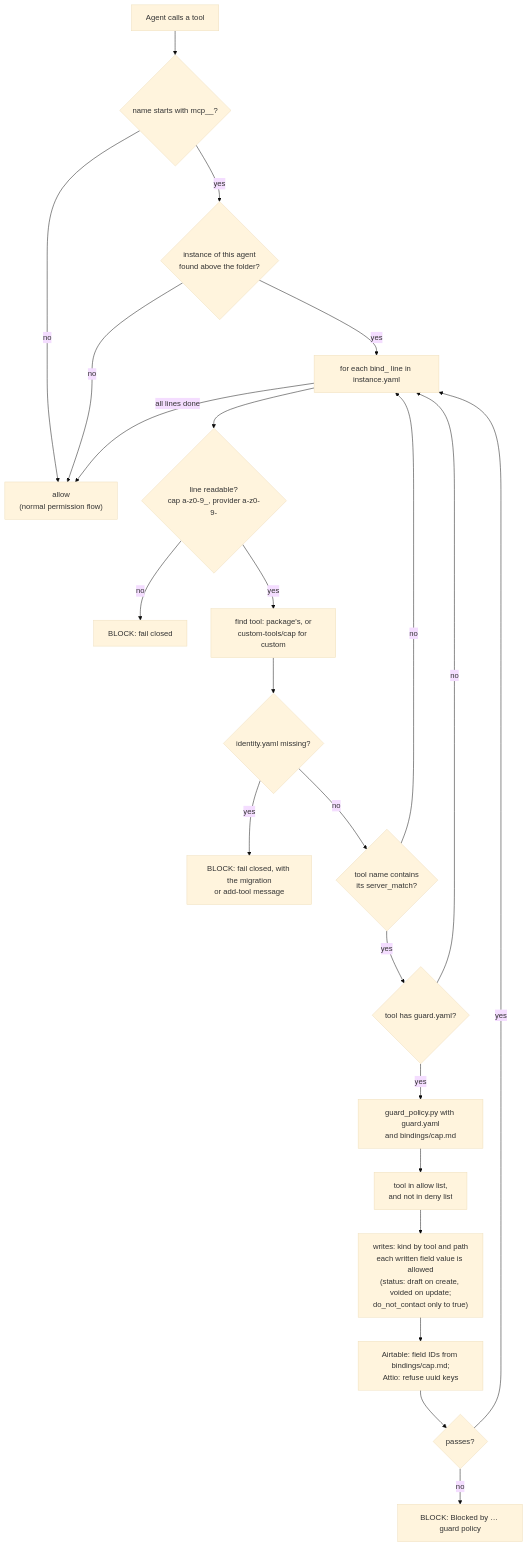
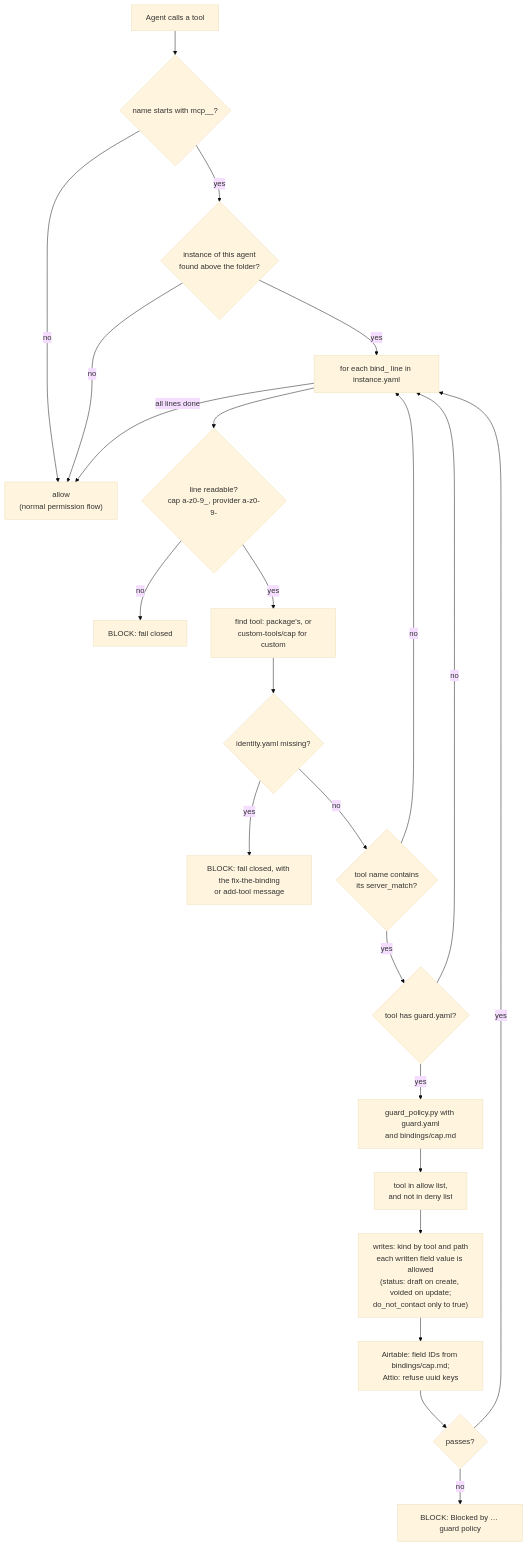
Before and after one commit to webspenser/agent-builder: the fourth of 6 diagrams in docs/how-it-works.md, drawn with Mermaid (base theme). The commit also changed other lines of this file and 18 other files, not shown here.

````diff
--- a/docs/how-it-works.md
+++ b/docs/how-it-works.md
@@ -177,25 +174,25 @@
 ```mermaid
 flowchart TD
   C["Agent calls a tool"] --> MC{"name starts with mcp__?"}
   MC -- no --> OK["allow<br/>(normal permission flow)"]
   MC -- yes --> I{"instance of this agent<br/>found above the folder?"}
   I -- no --> OK
   I -- yes --> B["for each bind_ line in instance.yaml"]
   B --> R{"line readable?<br/>cap a-z0-9_, provider a-z0-9-"}
   R -- no --> BL["BLOCK: fail closed"]
   R -- yes --> AD["find tool: package's, or<br/>custom-tools/cap for custom"]
   AD --> ID{"identity.yaml missing?"}
-  ID -- yes --> BL3["BLOCK: fail closed, with the migration<br/>or add-tool message"]
+  ID -- yes --> BL3["BLOCK: fail closed, with the fix-the-binding<br/>or add-tool message"]
   ID -- no --> SM{"tool name contains<br/>its server_match?"}
   SM -- no --> B
   SM -- yes --> GY{"tool has guard.yaml?"}
   GY -- no --> B
   GY -- yes --> E["guard_policy.py with guard.yaml<br/>and bindings/cap.md"]
   E --> E1["tool in allow list,<br/>and not in deny list"]
   E1 --> E2["writes: kind by tool and path<br/>each written field value is allowed<br/>(status: draft on create, voided on update;<br/>do_not_contact only to true)"]
   E2 --> E3["Airtable: field IDs from bindings/cap.md;<br/>Attio: refuse uuid keys"]
   E3 --> D{"passes?"}
   D -- no --> BL2["BLOCK: Blocked by … guard policy"]
   D -- yes --> B
   B -- all lines done --> OK
 ```
````
